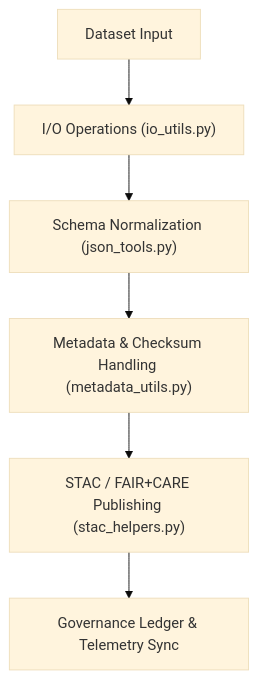
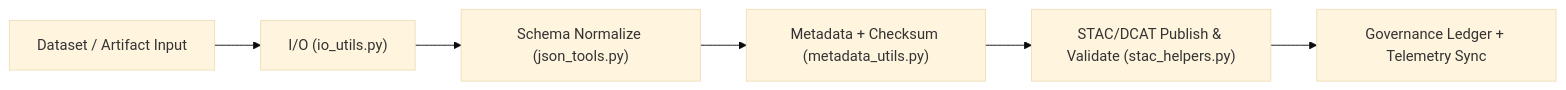
The diagram in src/pipelines/utils/README.md (bartytime4life/Kansas-Frontier-Matrix), drawn with Mermaid (base theme) before and after one commit. The commit also changed other lines of this file, not shown here.

````diff
--- a/src/pipelines/utils/README.md
+++ b/src/pipelines/utils/README.md
@@ -67,8 +67,8 @@
 ```mermaid
-flowchart TD
-    A["Dataset Input"] --> B["I/O Operations (io_utils.py)"]
-    B --> C["Schema Normalization (json_tools.py)"]
-    C --> D["Metadata & Checksum Handling (metadata_utils.py)"]
-    D --> E["STAC / FAIR+CARE Publishing (stac_helpers.py)"]
-    E --> F["Governance Ledger & Telemetry Sync"]
+flowchart LR
+    A["Dataset / Artifact Input"] --> B["I/O (io_utils.py)"]
+    B --> C["Schema Normalize (json_tools.py)"]
+    C --> D["Metadata + Checksum (metadata_utils.py)"]
+    D --> E["STAC/DCAT Publish & Validate (stac_helpers.py)"]
+    E --> F["Governance Ledger + Telemetry Sync"]
 ```
````
